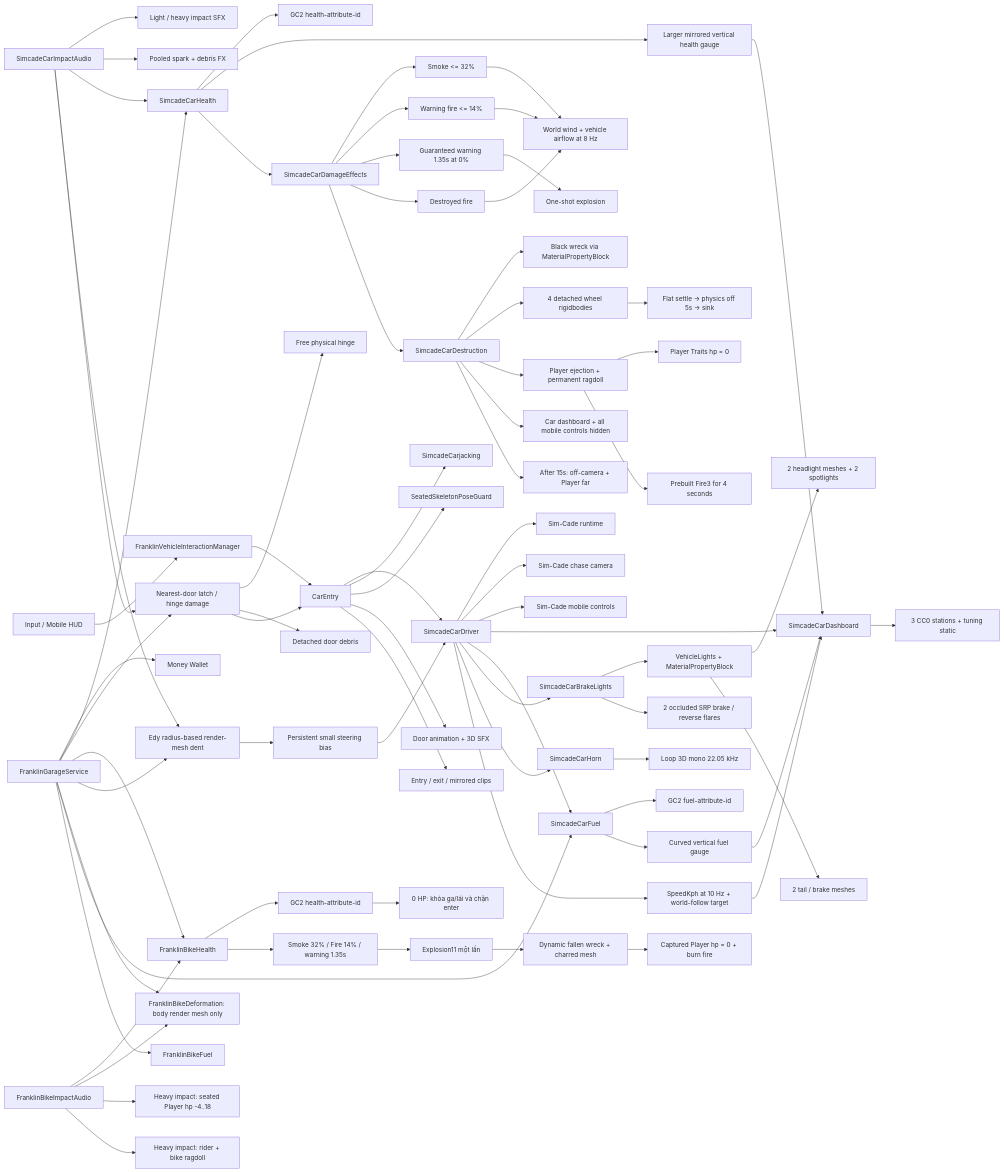
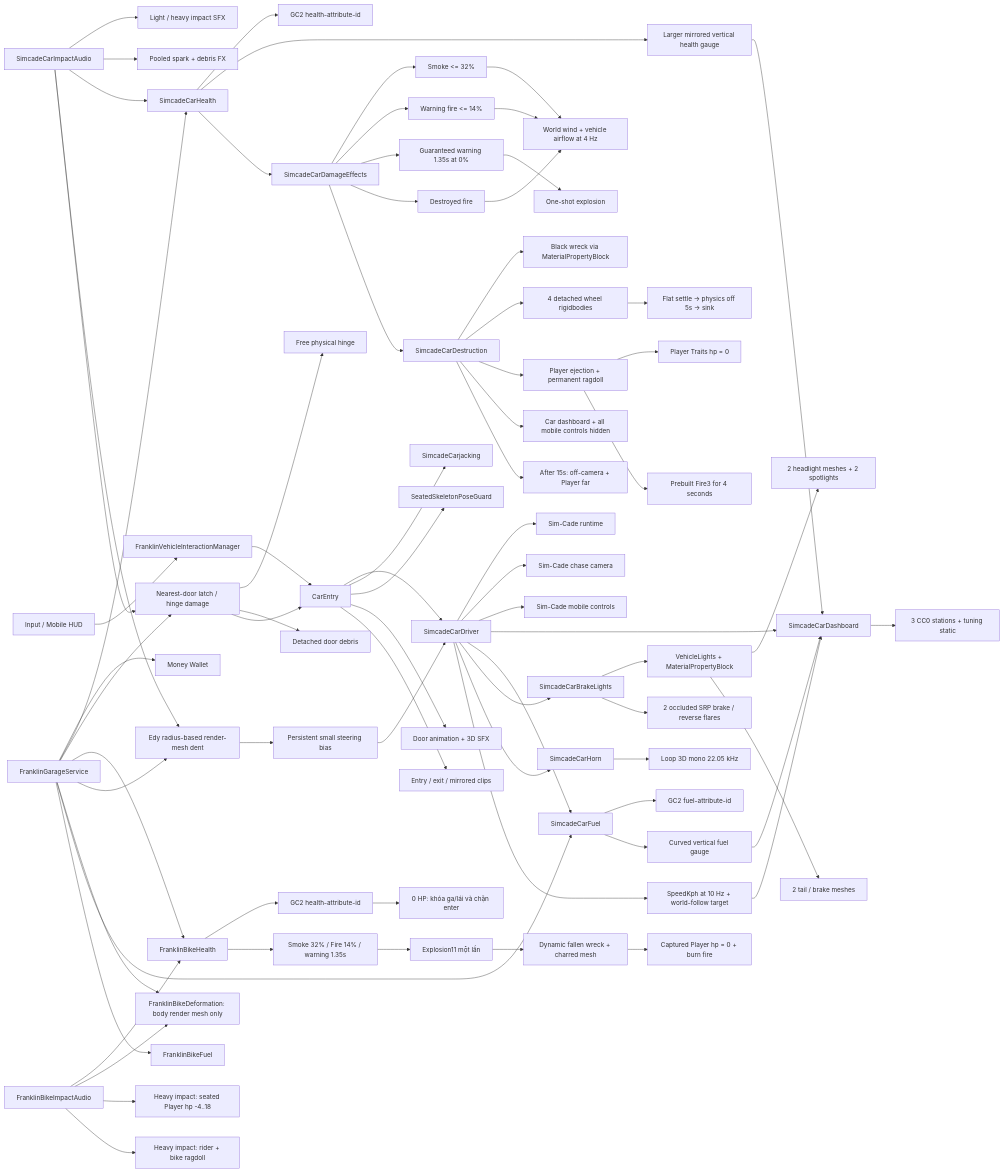
One commit to diepquocphong/AnonymousCrime changed the first of 5 diagrams in Assets/Ash Assets/Vehicle Integration/README.md. Above: the diagram before and after it, drawn with Mermaid. The commit also changed other lines of this file and 84 other files, not shown here.

````diff
--- a/Assets/Ash Assets/Vehicle Integration/README.md
+++ b/Assets/Ash Assets/Vehicle Integration/README.md
@@ -176,77 +176,77 @@
 ```mermaid
 flowchart LR
     Input["Input / Mobile HUD"] --> Interaction["FranklinVehicleInteractionManager"]
     Interaction --> Entry["CarEntry"]
     Entry --> Driver["SimcadeCarDriver"]
     Entry --> Jack["SimcadeCarjacking"]
     Entry --> Pose["SeatedSkeletonPoseGuard"]
     Driver --> Simcade["Sim-Cade runtime"]
     Driver --> Camera["Sim-Cade chase camera"]
     Driver --> Mobile["Sim-Cade mobile controls"]
     Driver --> Dashboard["SimcadeCarDashboard"]
     Driver --> Fuel["SimcadeCarFuel"]
     Driver --> Lights["SimcadeCarBrakeLights"]
     Driver --> Horn["SimcadeCarHorn"]
     Horn --> HornAudio["Loop 3D mono 22.05 kHz"]
     Lights --> SharedLights["VehicleLights + MaterialPropertyBlock"]
     SharedLights --> Headlights["2 headlight meshes + 2 spotlights"]
     SharedLights --> RearLights["2 tail / brake meshes"]
     Lights --> BrakeFlares["2 occluded SRP brake / reverse flares"]
     Fuel --> FuelTraits["GC2 fuel-attribute-id"]
     Fuel --> FuelGauge["Curved vertical fuel gauge"]
     FuelGauge --> Dashboard
     Impact["SimcadeCarImpactAudio"] --> Audio["Light / heavy impact SFX"]
     Impact --> FX["Pooled spark + debris FX"]
     Impact --> Health["SimcadeCarHealth"]
     Impact --> Dent["Edy radius-based render-mesh dent"]
     Impact --> DoorDamage["Nearest-door latch / hinge damage"]
     DoorDamage --> LooseDoor["Free physical hinge"]
     DoorDamage --> DetachedDoor["Detached door debris"]
     DoorDamage --> Entry
     Dent --> SteeringDamage["Persistent small steering bias"]
     SteeringDamage --> Driver
     Health --> Traits["GC2 health-attribute-id"]
     Health --> HealthGauge["Larger mirrored vertical health gauge"]
     HealthGauge --> Dashboard
     Health --> DamageFX["SimcadeCarDamageEffects"]
     DamageFX --> WeakSmoke["Smoke <= 32%"]
     DamageFX --> CriticalFire["Warning fire <= 14%"]
-    CriticalFire --> Wind["World wind + vehicle airflow at 8 Hz"]
+    CriticalFire --> Wind["World wind + vehicle airflow at 4 Hz"]
     WeakSmoke --> Wind
     DamageFX --> Delay["Guaranteed warning 1.35s at 0%"]
     Delay --> Explosion["One-shot explosion"]
     DamageFX --> Fire["Destroyed fire"]
     Fire --> Wind
     DamageFX --> Destruction["SimcadeCarDestruction"]
     Destruction --> Charred["Black wreck via MaterialPropertyBlock"]
     Destruction --> Wheels["4 detached wheel rigidbodies"]
     Wheels --> WheelCleanup["Flat settle -> physics off 5s -> sink"]
     Destruction --> Eject["Player ejection + permanent ragdoll"]
     Eject --> PlayerTraits["Player Traits hp = 0"]
     Eject --> Burn["Prebuilt Fire3 for 4 seconds"]
     Destruction --> HideUI["Car dashboard + all mobile controls hidden"]
     Destruction --> WreckCleanup["After 15s: off-camera + Player far"]
     Driver --> Speed["SpeedKph at 10 Hz + world-follow target"]
     Speed --> Dashboard
     Dashboard --> Radio["3 CC0 stations + tuning static"]
     Entry --> Door["Door animation + 3D SFX"]
     Entry --> Clips["Entry / exit / mirrored clips"]
     BikeImpact["FranklinBikeImpactAudio"] --> BikeHealth["FranklinBikeHealth"]
     BikeImpact --> BikeDent["FranklinBikeDeformation: body render mesh only"]
     BikeHealth --> BikeTraits["GC2 health-attribute-id"]
     BikeImpact --> BikePlayerDamage["Heavy impact: seated Player hp -4..18"]
     BikeTraits --> BikeLock["0 HP: khóa ga/lái và chặn enter"]
     BikeHealth --> BikeDamageFX["Smoke 32% / Fire 14% / warning 1.35s"]
     BikeDamageFX --> BikeExplosion["Explosion11 một lần"]
     BikeExplosion --> BikeWreck["Dynamic fallen wreck + charred mesh"]
     BikeWreck --> BikePlayerZero["Captured Player hp = 0 + burn fire"]
     BikeImpact --> BikeCrash["Heavy impact: rider + bike ragdoll"]
     Garage["FranklinGarageService"] --> Wallet["Money Wallet"]
     Garage --> Health
     Garage --> DoorDamage
     Garage --> BikeHealth
     Garage --> Dent
     Garage --> BikeDent
     Garage --> Fuel
     Garage --> BikeFuel["FranklinBikeFuel"]
 ```
````
